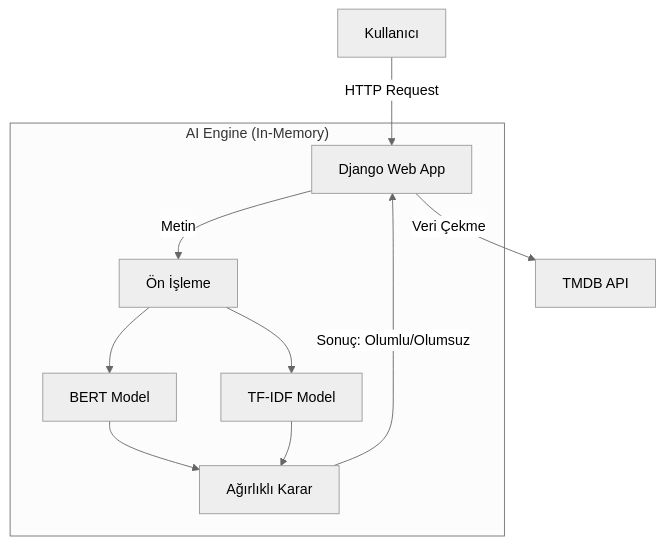
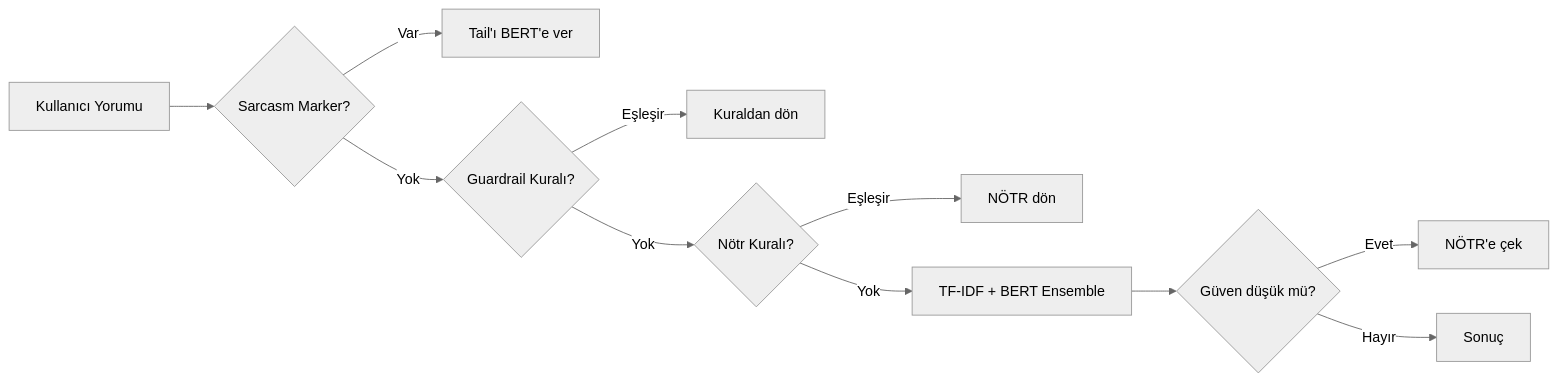
One commit to erensezer07-gif/turkish-movie-review-sentiment changed the diagram in README.md. Above: the diagram before and after it, drawn with Mermaid (neutral theme). The commit also changed other lines of this file and 32 other files, not shown here.

````diff
--- a/README.md
+++ b/README.md
@@ -56,13 +52,13 @@
 ```mermaid
-graph TD
-    User[Kullanıcı] -->|HTTP Request| Django[Django Web App]
-    Django -->|Veri Çekme| TMDB[TMDB API]
-    subgraph "AI Engine (In-Memory)"
-        Django -->|Metin| Preprocess[Ön İşleme]
-        Preprocess --> BERT[BERT Model]
-        Preprocess --> TFIDF[TF-IDF Model]
-        BERT --> Ensemble[Ağırlıklı Karar]
-        TFIDF --> Ensemble
-    end
-    Ensemble -->|Sonuç: Olumlu/Olumsuz| Django
+flowchart LR
+    A[Kullanıcı Yorumu] --> B{Sarcasm Marker?}
+    B -->|Var| C[Tail'ı BERT'e ver]
+    B -->|Yok| D{Guardrail Kuralı?}
+    D -->|Eşleşir| E[Kuraldan dön]
+    D -->|Yok| F{Nötr Kuralı?}
+    F -->|Eşleşir| G[NÖTR dön]
+    F -->|Yok| H[TF-IDF + BERT Ensemble]
+    H --> I{Güven düşük mü?}
+    I -->|Evet| J[NÖTR'e çek]
+    I -->|Hayır| K[Sonuç]
 ```
````
